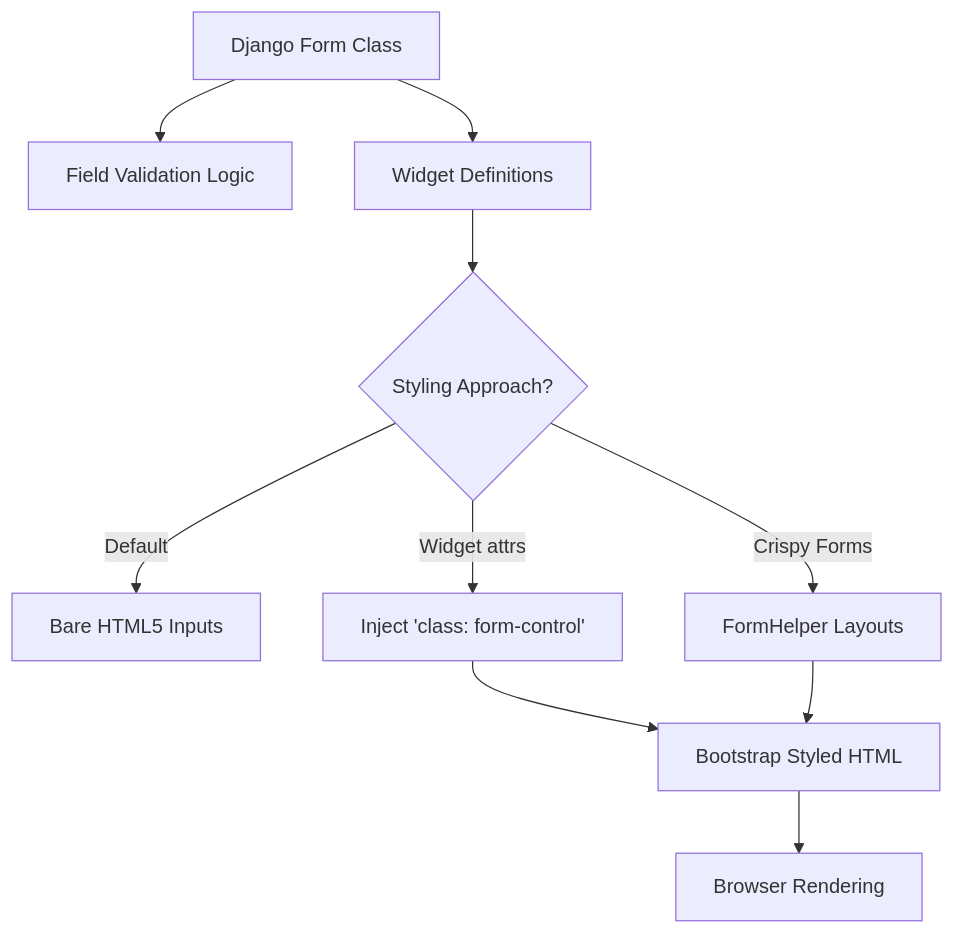
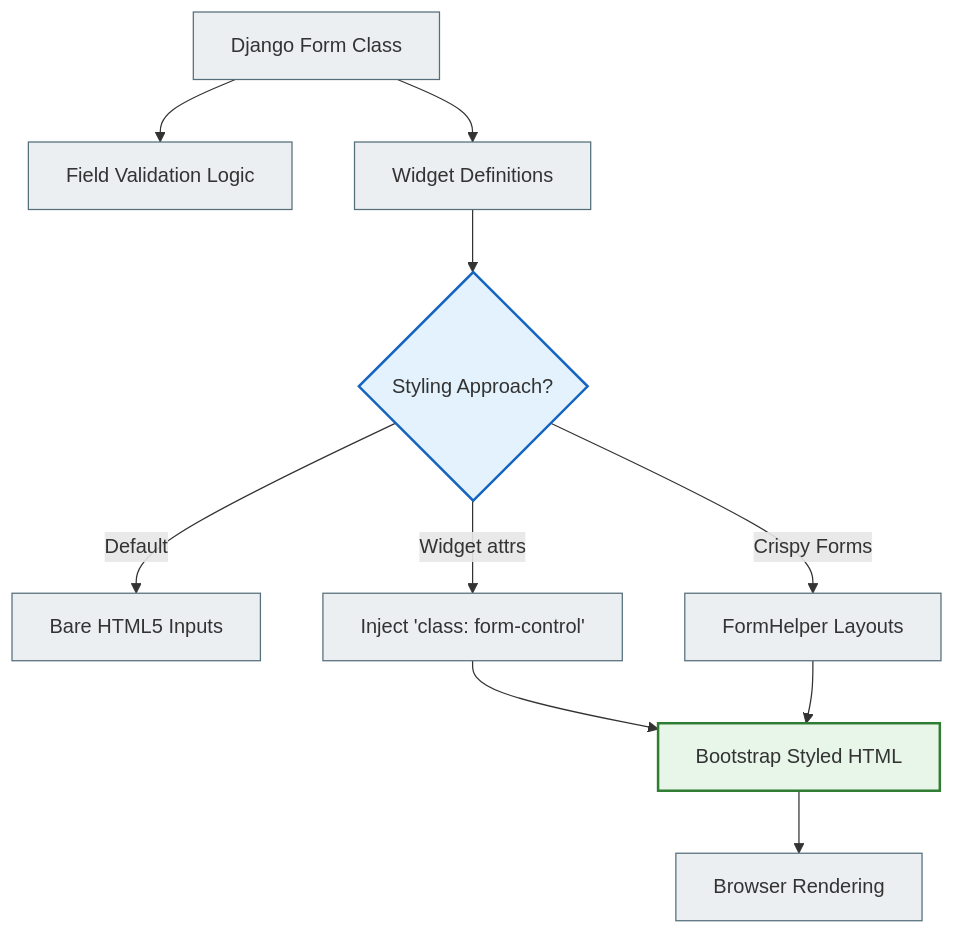
One commit to NikoriakViktot/notes_chat_app changed the fifth of 12 diagrams in docs/04_forms_and_validation/django_forms_full.md. Above: the diagram before and after it, drawn with Mermaid. The commit also changed other lines of this file and 441 other files, not shown here.

First line of the commit message:
Add English version of the book, Mermaid standard, docs fixes

````diff
--- a/docs/04_forms_and_validation/django_forms_full.md
+++ b/docs/04_forms_and_validation/django_forms_full.md
@@ -557,12 +575,19 @@
 ```mermaid
 graph TD
     A[Django Form Class] --> B[Field Validation Logic]
     A --> C[Widget Definitions]
     C --> D{Styling Approach?}
     D -->|Default| E[Bare HTML5 Inputs]
     D -->|Widget attrs| F["Inject 'class: form-control'"]
     D -->|Crispy Forms| G[FormHelper Layouts]
     F --> H[Bootstrap Styled HTML]
     G --> H
     H --> I[Browser Rendering]
+
+    classDef step     fill:#eceff1,stroke:#546e7a,stroke-width:1px;
+    classDef decision fill:#e3f2fd,stroke:#1565c0,stroke-width:2px;
+    classDef success  fill:#e8f5e9,stroke:#2e7d32,stroke-width:2px;
+    class A,B,C,E,F,G,I step;
+    class D decision;
+    class H success;
 ```
````
